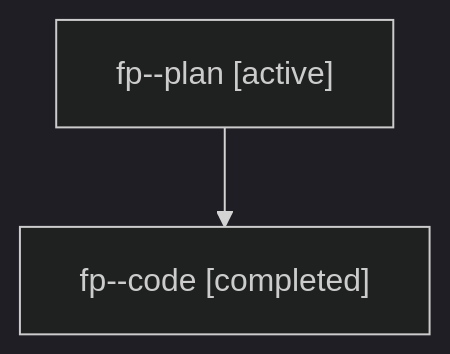
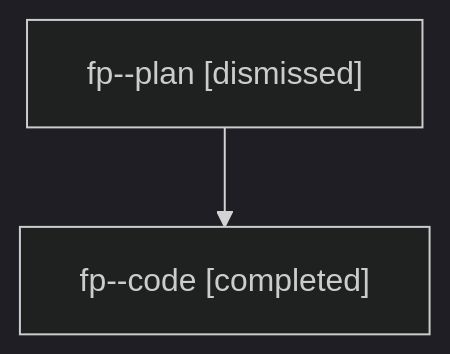
The diagram in sessions/bbugyi200.athena.fp.md (sase-org/sase--agents), drawn with Mermaid (dark theme) before and after one commit. The commit also changed other lines of this file and 42 other files, not shown here.

````diff
--- a/sessions/bbugyi200.athena.fp.md
+++ b/sessions/bbugyi200.athena.fp.md
@@ -9,6 +9,6 @@
 ```mermaid
 flowchart TD
-  n0["fp--plan [active]"]
+  n0["fp--plan [dismissed]"]
   n1["fp--code [completed]"]
   n0 --> n1
 ```
````
